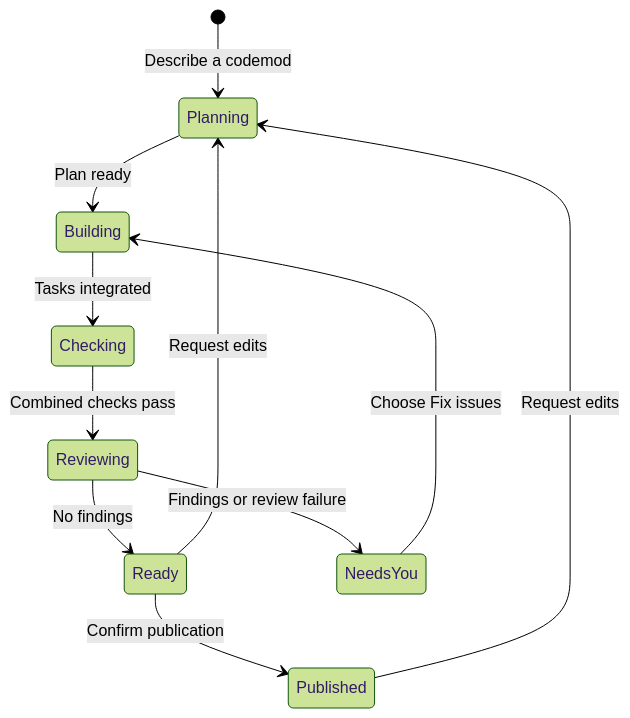
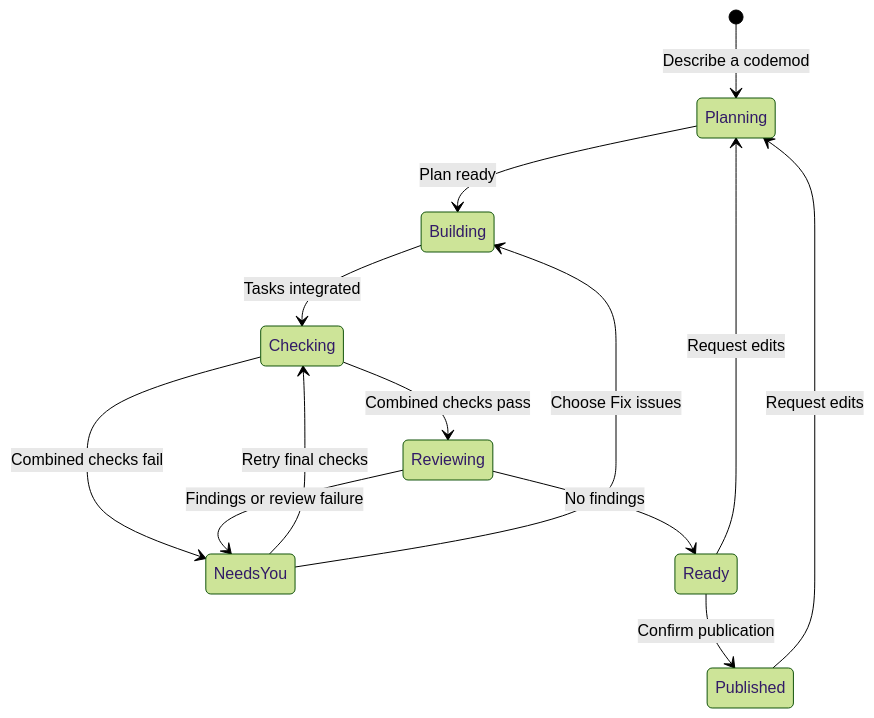
One commit to minimumeffort-dev/sprowt.harness changed the first of 2 diagrams in docs/terminal.md. Above: the diagram before and after it, drawn with Mermaid (forest theme). The commit also changed 6 other files, not shown here.

````diff
--- a/docs/terminal.md
+++ b/docs/terminal.md
@@ -21,13 +21,15 @@
 ```mermaid
 stateDiagram-v2
     [*] --> Planning: Describe a codemod
     Planning --> Building: Plan ready
     Building --> Checking: Tasks integrated
     Checking --> Reviewing: Combined checks pass
+    Checking --> NeedsYou: Combined checks fail
+    NeedsYou --> Checking: Retry final checks
     Reviewing --> Ready: No findings
     Reviewing --> NeedsYou: Findings or review failure
     NeedsYou --> Building: Choose Fix issues
     Ready --> Published: Confirm publication
     Published --> Planning: Request edits
     Ready --> Planning: Request edits
 ```
````
